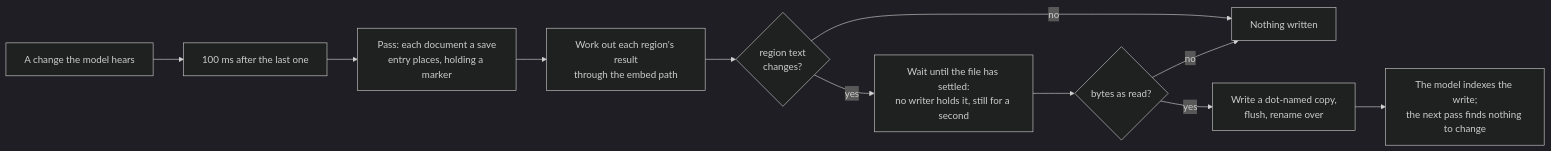
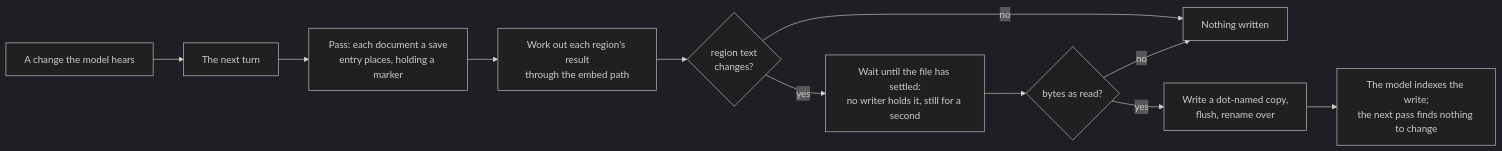
One commit to jakubro/folio changed the fourth of 4 diagrams in docs/architecture.md. Above: the diagram before and after it, drawn with Mermaid (dark theme). The commit also changed other lines of this file and 125 other files, not shown here.

````diff
--- a/docs/architecture.md
+++ b/docs/architecture.md
@@ -351,13 +368,13 @@
 ```mermaid
 flowchart LR
-  CH["A change the model hears"] --> WAIT["100 ms after the last one"]
+  CH["A change the model hears"] --> WAIT["The next turn"]
   WAIT --> PASS["Pass: each document a save<br/>entry places, holding a marker"]
   PASS --> WORK["Work out each region's result<br/>through the embed path"]
   WORK --> DIFF{"region text<br/>changes?"}
   DIFF -- no --> DONE["Nothing written"]
   DIFF -- yes --> SETTLE["Wait until the file has settled:<br/>no writer holds it, still for a second"]
   SETTLE --> REREAD{"bytes as read?"}
   REREAD -- no --> DONE
   REREAD -- yes --> WRITE["Write a dot-named copy,<br/>flush, rename over"]
   WRITE --> INDEX["The model indexes the write;<br/>the next pass finds nothing to change"]
 ```
````
